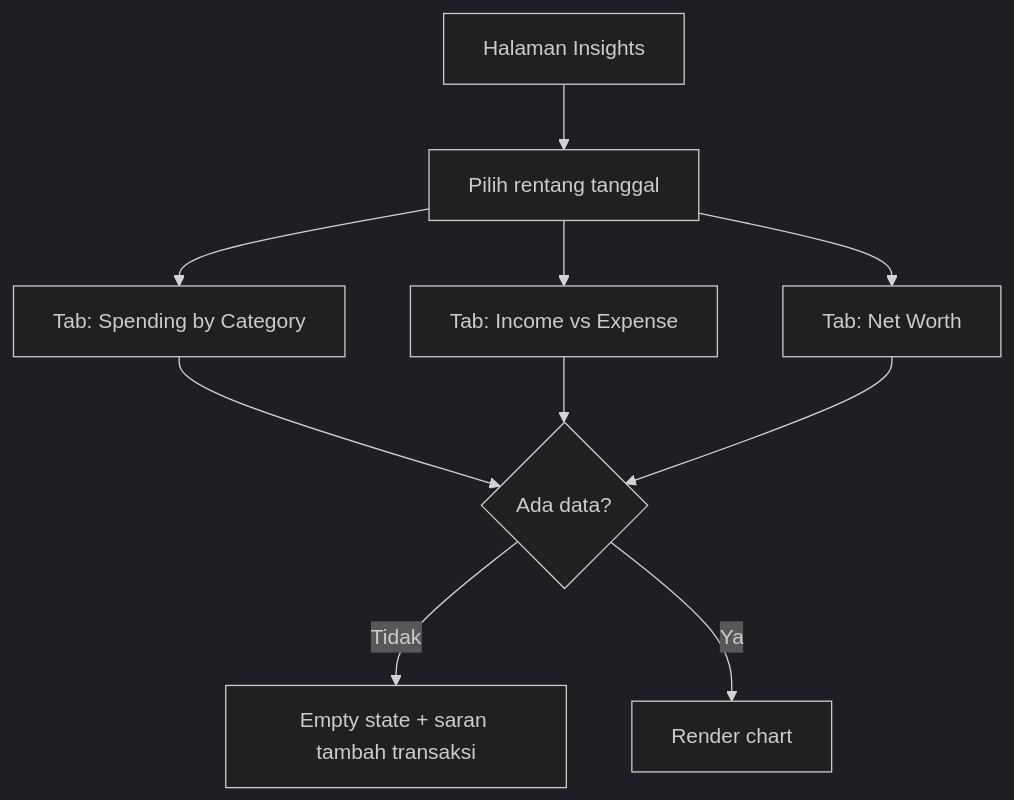
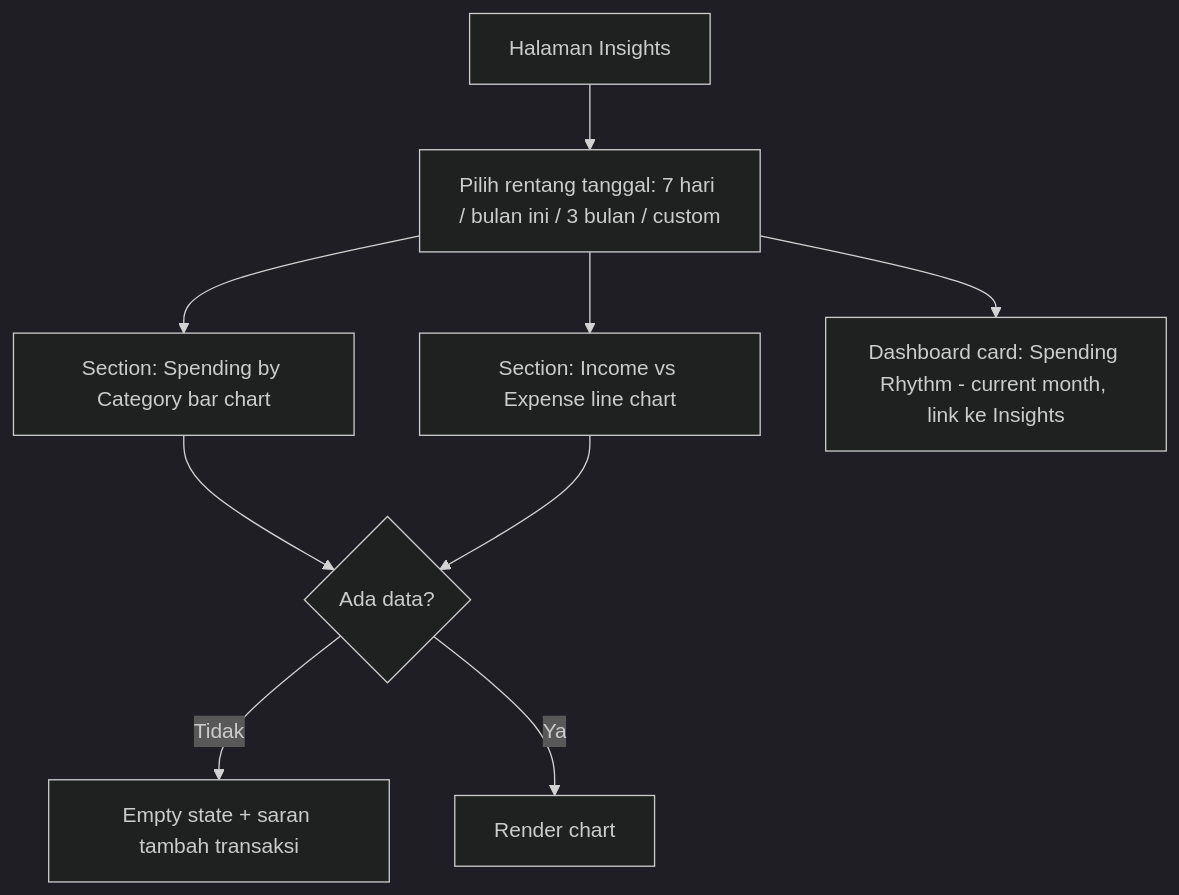
One commit to wllyvx/pocketflow changed the fifth of 6 diagrams in docs/USER_FLOW.md. Above: the diagram before and after it, drawn with Mermaid (dark theme). The commit also changed other lines of this file and 8 other files, not shown here.

Commit message:
feat(web): income vs expense trend chart on insights; FR-06 docs sync and closeout

````diff
--- a/docs/USER_FLOW.md
+++ b/docs/USER_FLOW.md
@@ -164,12 +166,11 @@
 ```mermaid
 flowchart TD
-    A[Halaman Insights] --> B[Pilih rentang tanggal]
-    B --> C[Tab: Spending by Category]
-    B --> D[Tab: Income vs Expense]
-    B --> E[Tab: Net Worth]
+    A[Halaman Insights] --> B[Pilih rentang tanggal: 7 hari / bulan ini / 3 bulan / custom]
+    B --> C[Section: Spending by Category bar chart]
+    B --> D[Section: Income vs Expense line chart]
+    B --> E[Dashboard card: Spending Rhythm - current month, link ke Insights]
     C --> F{Ada data?}
     D --> F
-    E --> F
     F -->|Tidak| G[Empty state + saran tambah transaksi]
     F -->|Ya| H[Render chart]
 ```
````
